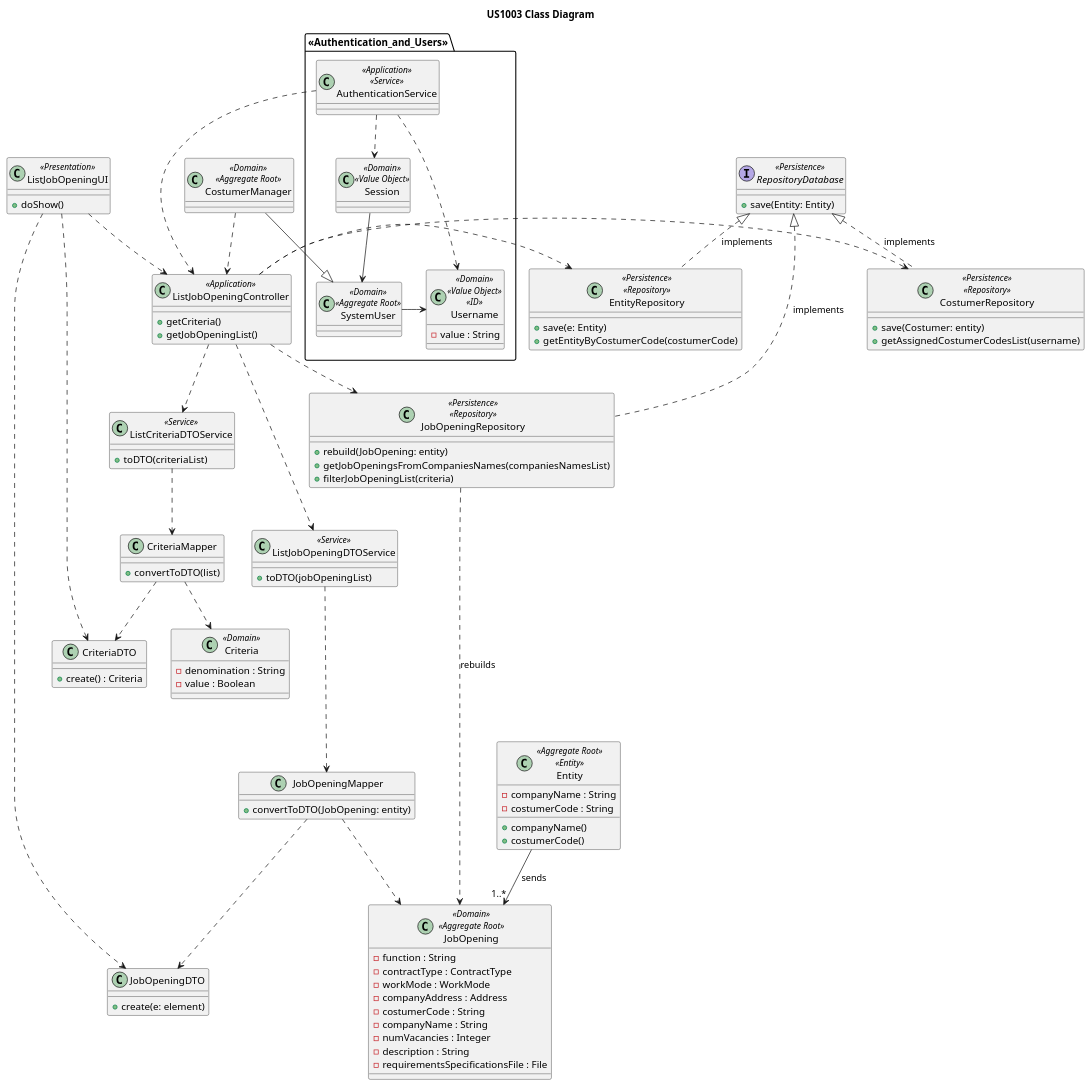
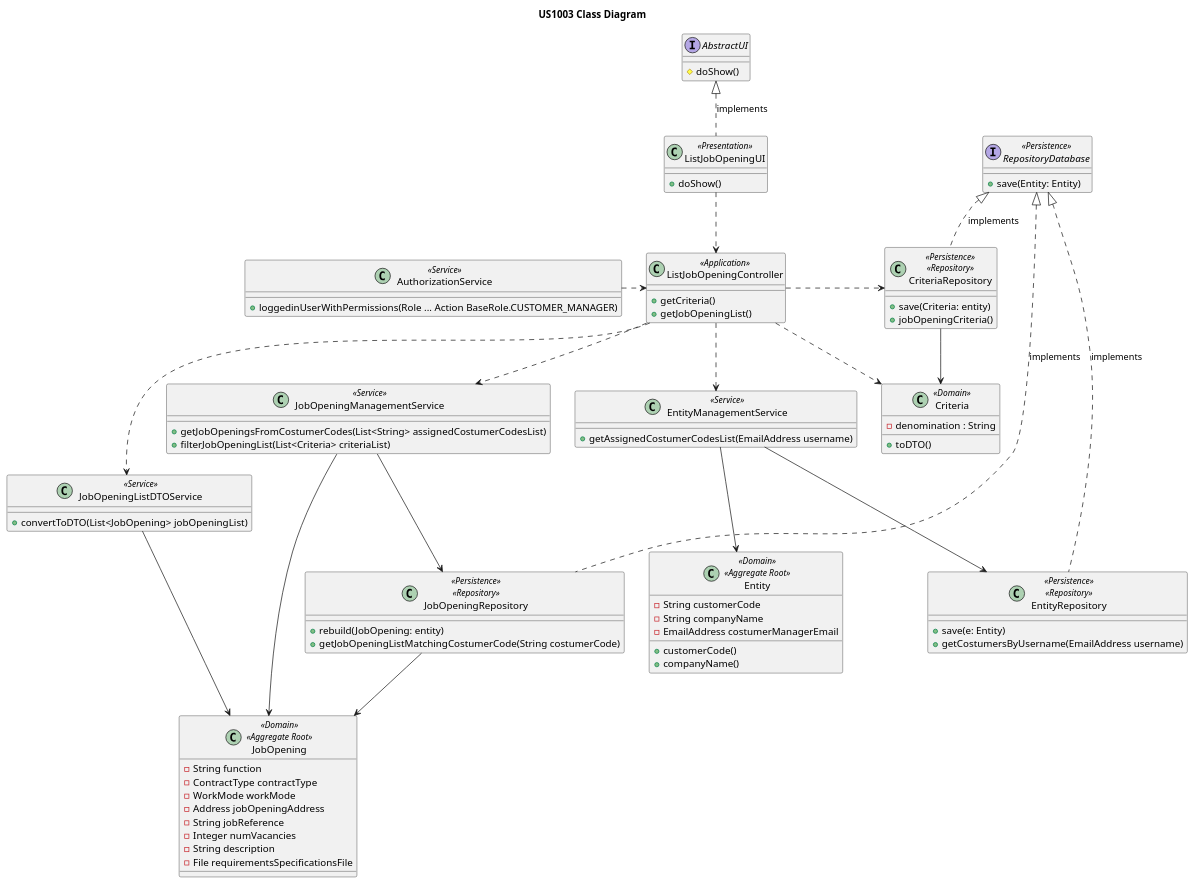
Before and after one commit to rita-barbosa/LAPR4-2324: the diagram in docs/sb_us_1003/US1003_Class_Diagram/us1003_class_diagram.puml, drawn with PlantUML. The commit also changed 4 other files, not shown here.

Commit message:
docs: US1003 design diagrams and text update [#30]

```diff
--- a/docs/sb_us_1003/US1003_Class_Diagram/us1003_class_diagram.puml
+++ b/docs/sb_us_1003/US1003_Class_Diagram/us1003_class_diagram.puml
@@ -1,144 +1,111 @@
 @startuml US1003_class_diagram
 'https://plantuml.com/class-diagram
 
 title US1003 Class Diagram
 
-'DTO
-class JobOpeningMapper {
-+ convertToDTO(JobOpening: entity)
+interface AbstractUI{
+# doShow()
 }
 
-class JobOpeningDTO {
-+ create(e: element)
+class EntityManagementService <<Service>> {
++ getAssignedCostumerCodesList(EmailAddress username)
 }
 
-class CriteriaMapper {
-+ convertToDTO(list)
+class Entity <<Domain>> <<Aggregate Root>> {
+- String customerCode
+- String companyName
+- EmailAddress costumerManagerEmail
++ customerCode()
++ companyName()
 }
 
-class CriteriaDTO {
-+ create() : Criteria
+class JobOpeningManagementService <<Service>> {
++ getJobOpeningsFromCostumerCodes(List<String> assignedCostumerCodesList)
++ filterJobOpeningList(List<Criteria> criteriaList)
 }
 
-class ListCriteriaDTOService <<Service>> {
-+ toDTO(criteriaList)
+class JobOpeningListDTOService <<Service>> {
++ convertToDTO(List<JobOpening> jobOpeningList)
 }
-
-class ListJobOpeningDTOService <<Service>> {
-+ toDTO(jobOpeningList)
-}
-
-
 
 class ListJobOpeningUI <<Presentation>> {
 + doShow()
 }
-
 
 class ListJobOpeningController <<Application>> {
 + getCriteria()
 + getJobOpeningList()
 }
 
-
-
 class Criteria <<Domain>> {
 - denomination : String
-- value : Boolean
++ toDTO()
 }
 
-
-package <<Authentication_and_Users>> {
-class AuthenticationService <<Application>> <<Service>> {
-}
-class Session <<Domain>> <<Value Object>> {}
-class SystemUser <<Domain>> <<Aggregate Root>> {}
-class Username <<Domain>> <<Value Object>> <<ID>> {
-- value : String
-}
+class AuthorizationService <<Service>> {
++ loggedinUserWithPermissions(Role ... Action BaseRole.CUSTOMER_MANAGER)
 }
 
-class CostumerManager <<Domain>> <<Aggregate Root>> {}
-
 class JobOpening <<Domain>> <<Aggregate Root>> {
-- function : String
-- contractType : ContractType
-- workMode : WorkMode
-- companyAddress : Address
-- costumerCode : String
-- companyName : String
-- numVacancies : Integer
-- description : String
-- requirementsSpecificationsFile : File
+- String function
+- ContractType contractType
+- WorkMode workMode
+- Address jobOpeningAddress
+- String jobReference
+- Integer numVacancies
+- String description
+- File requirementsSpecificationsFile
 }
-
-
-class Entity <<Aggregate Root>> <<Entity>> {
-- companyName : String
-- costumerCode : String
-+ companyName()
-+ costumerCode()
-}
-
 
 class JobOpeningRepository <<Persistence>> <<Repository>> {
 + rebuild(JobOpening: entity)
-+ getJobOpeningsFromCompaniesNames(companiesNamesList)
-+ filterJobOpeningList(criteria)
++ getJobOpeningListMatchingCostumerCode(String costumerCode)
 }
 
-class CostumerRepository <<Persistence>> <<Repository>> {
-+ save(Costumer: entity)
-+ getAssignedCostumerCodesList(username)
+class CriteriaRepository <<Persistence>> <<Repository>> {
++ save(Criteria: entity)
++ jobOpeningCriteria()
 }
 
 class EntityRepository  <<Persistence>> <<Repository>>  {
 + save(e: Entity)
-+ getEntityByCostumerCode(costumerCode)
++ getCostumersByUsername(EmailAddress username)
 }
 
 interface RepositoryDatabase <<Persistence>> {
 + save(Entity: Entity)
 }
 
 
 'Associations
 'Basic Flow
-CostumerManager ..> ListJobOpeningController
 ListJobOpeningUI ..> ListJobOpeningController
-ListJobOpeningController .> CostumerRepository
-ListJobOpeningController .> EntityRepository
-ListJobOpeningController ..> JobOpeningRepository
+ListJobOpeningController .> CriteriaRepository
+ListJobOpeningController .> Criteria
+ListJobOpeningController ..> EntityManagementService
+ListJobOpeningController ..> JobOpeningManagementService
+ListJobOpeningController ..> JobOpeningListDTOService
 
 'Domain Layer
-Entity --> "1..*" JobOpening : sends
+EntityManagementService -down-> EntityRepository
+EntityManagementService --> Entity
+JobOpeningManagementService --> JobOpeningRepository
+JobOpeningManagementService --> JobOpening
+JobOpeningListDTOService --> JobOpening
+
 
 'Persistence Layer
-JobOpeningRepository ..> JobOpening : rebuilds
+CriteriaRepository --> Criteria
+JobOpeningRepository --> JobOpening
 
 'Interface implementation
 RepositoryDatabase <|.. JobOpeningRepository : implements
-RepositoryDatabase <|.. CostumerRepository : implements
+RepositoryDatabase <|.. CriteriaRepository : implements
 RepositoryDatabase <|.. EntityRepository : implements
 
-'DTO
-JobOpeningMapper ..> JobOpeningDTO
-CriteriaMapper ..> CriteriaDTO
-CriteriaMapper ..> Criteria
-ListCriteriaDTOService ..> CriteriaMapper
-ListJobOpeningController ..> ListCriteriaDTOService
-ListJobOpeningController ...> ListJobOpeningDTOService
-ListJobOpeningDTOService ...> JobOpeningMapper
-JobOpeningMapper ..> JobOpening
-ListJobOpeningUI ..> JobOpeningDTO
-ListJobOpeningUI ..> CriteriaDTO
+AbstractUI <|.. ListJobOpeningUI : implements
 
 'Authentication
-Session --> SystemUser
-SystemUser -> Username
-AuthenticationService ..> Username
-AuthenticationService ..> Session
-AuthenticationService ..> ListJobOpeningController
-CostumerManager --|> SystemUser
+AuthorizationService .right.> ListJobOpeningController
 
 @enduml
```
